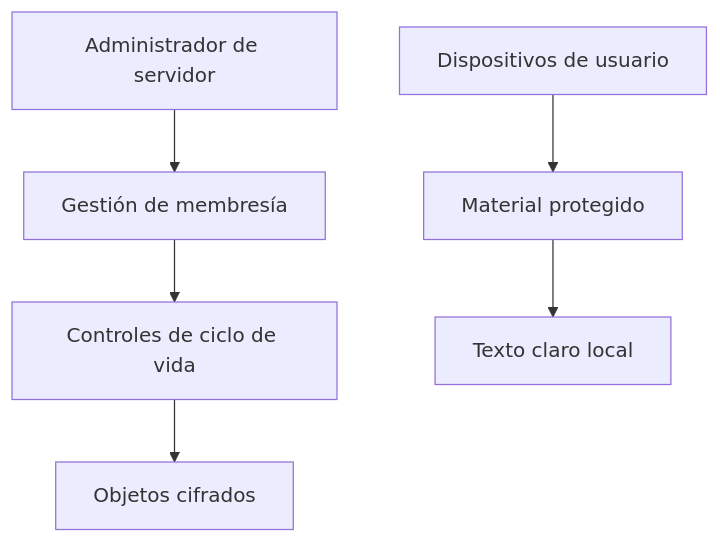
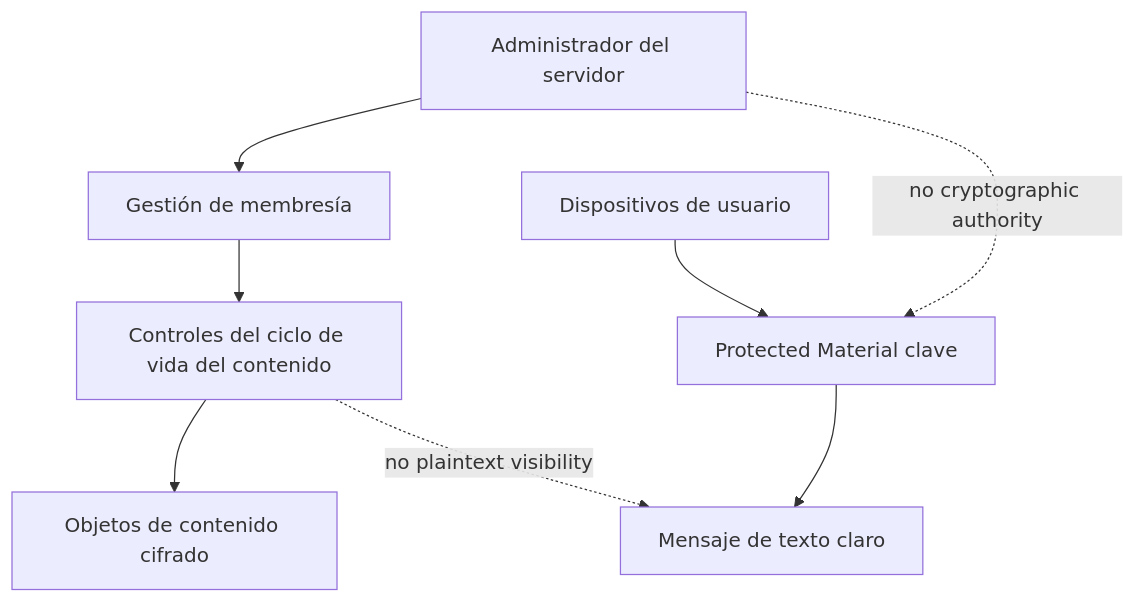
One commit to enigm-llc/docs changed the second of 2 diagrams in es/server/overview.mdx. Above: the diagram before and after it, drawn with Mermaid. The commit also changed other lines of this file and 43 other files, not shown here.

````diff
--- a/es/server/overview.mdx
+++ b/es/server/overview.mdx
@@ -50,14 +333,17 @@
 ```mermaid
 flowchart TD
-  Admin["Administrador de servidor"]
+  Admin["Administrador del servidor"]
   Membership["Gestión de membresía"]
-  Lifecycle["Controles de ciclo de vida"]
-  Encrypted["Objetos cifrados"]
+  Lifecycle["Controles del ciclo de vida del contenido"]
+  Objects["Objetos de contenido cifrado"]
 
   Devices["Dispositivos de usuario"]
-  Keys["Material protegido"]
-  Plaintext["Texto claro local"]
+  Keys["Protected Material clave"]
+  Plaintext["Mensaje de texto claro"]
 
-  Admin --> Membership --> Lifecycle --> Encrypted
+  Admin --> Membership --> Lifecycle --> Objects
   Devices --> Keys --> Plaintext
+
+  Lifecycle -. "no plaintext visibility" .-> Plaintext
+  Admin -. "no cryptographic authority" .-> Keys
 ```
````
